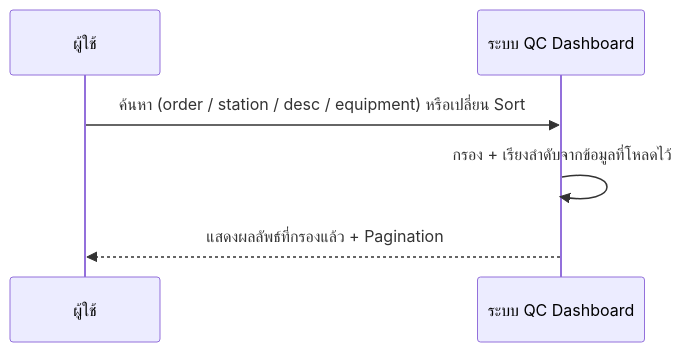
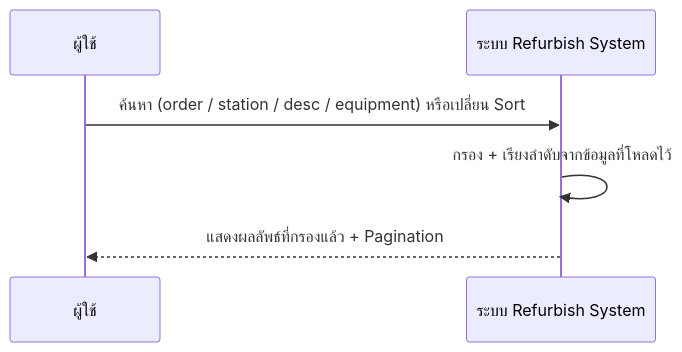
Before and after one commit to akkdach/pro-iot-mobile: the third of 4 diagrams in docs/DashboardQC_SequenceDiagram.md, drawn with Mermaid. The commit also changed other lines of this file and 10 other files, not shown here.

````diff
--- a/docs/DashboardQC_SequenceDiagram.md
+++ b/docs/DashboardQC_SequenceDiagram.md
@@ -38,9 +38,9 @@
 ```mermaid
 sequenceDiagram
     participant U as ผู้ใช้
-    participant QC as ระบบ QC Dashboard
+    participant QC as ระบบ Refurbish System
 
     U->>QC: ค้นหา (order / station / desc / equipment) หรือเปลี่ยน Sort
     QC->>QC: กรอง + เรียงลำดับจากข้อมูลที่โหลดไว้
     QC-->>U: แสดงผลลัพธ์ที่กรองแล้ว + Pagination
 ```
````
